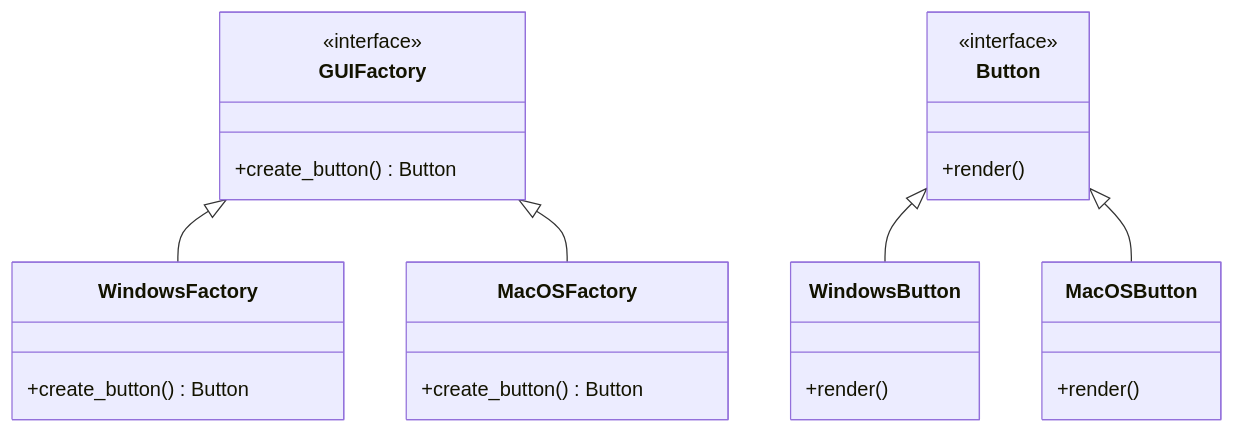
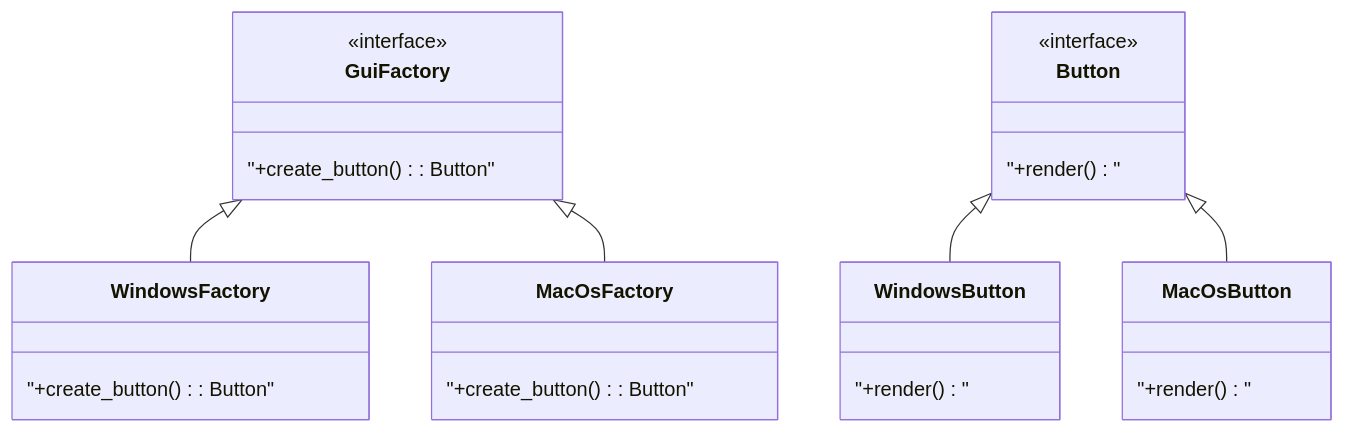
The first of 5 diagrams in content/post/2024/2024-08-22-abstract-factory/index.md (42jerrykim/42jerrykim.github.io), drawn with Mermaid before and after one commit. The commit also changed other lines of this file and 239 other files, not shown here.

````diff
--- a/content/post/2024/2024-08-22-abstract-factory/index.md
+++ b/content/post/2024/2024-08-22-abstract-factory/index.md
@@ -202,33 +133,33 @@
 ```mermaid
 classDiagram
-    class GUIFactory {
+    class GuiFactory {
         <<interface>>
-        +create_button() Button
+        "+create_button(): Button"
     }
 
     class Button {
         <<interface>>
-        +render()
+        "+render()"
     }
 
     class WindowsButton {
-        +render()
+        "+render()"
     }
 
-    class MacOSButton {
-        +render()
+    class MacOsButton {
+        "+render()"
     }
 
     class WindowsFactory {
-        +create_button() Button
+        "+create_button(): Button"
     }
 
-    class MacOSFactory {
-        +create_button() Button
+    class MacOsFactory {
+        "+create_button(): Button"
     }
 
-    GUIFactory <|-- WindowsFactory
-    GUIFactory <|-- MacOSFactory
+    GuiFactory <|-- WindowsFactory
+    GuiFactory <|-- MacOsFactory
     Button <|-- WindowsButton
-    Button <|-- MacOSButton
+    Button <|-- MacOsButton
 ```
````
